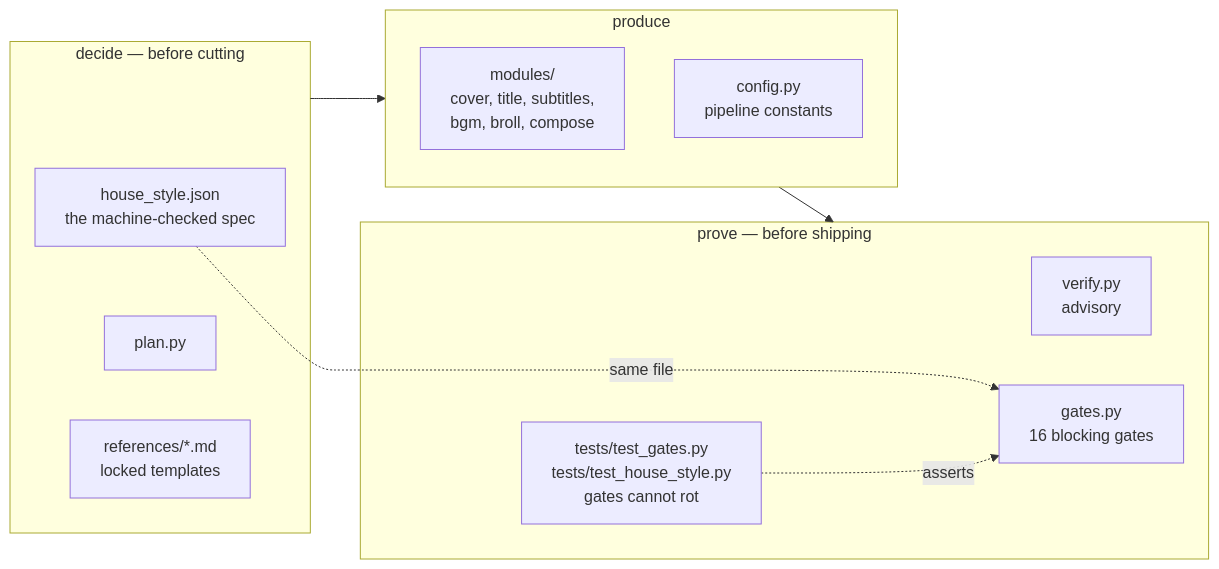
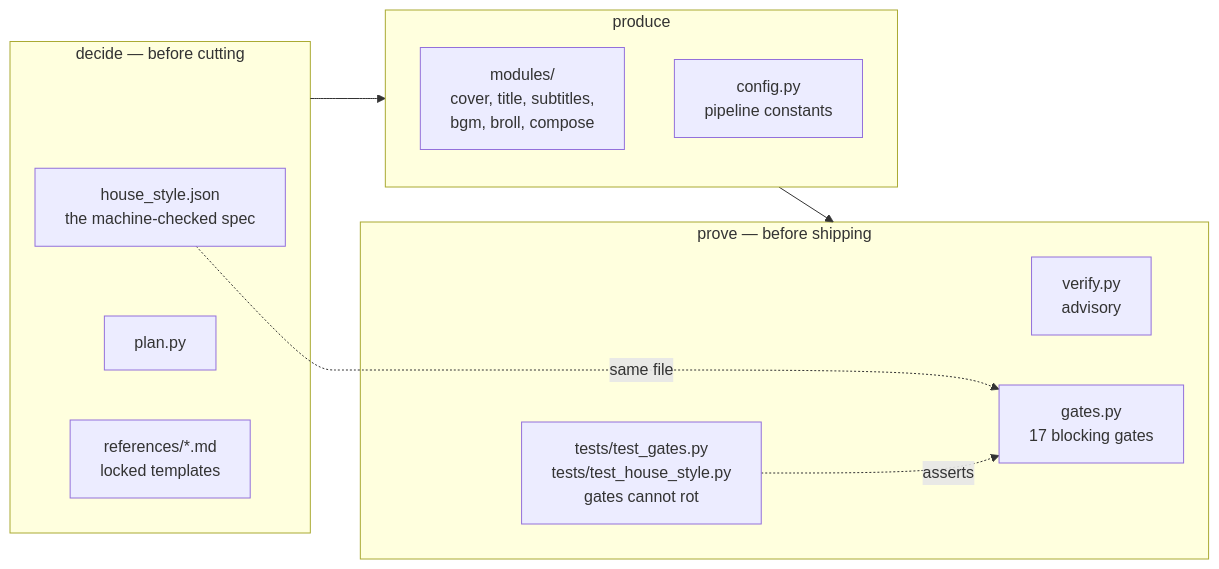
One commit to chyiiiiiiiiiiii/yiibu changed the second of 4 diagrams in skills/yiibu/ARCHITECTURE.md. Above: the diagram before and after it, drawn with Mermaid. The commit also changed other lines of this file and 10 other files, not shown here.

First line of the commit message:
feat: gate_timeline — the contract three checks read, now declared

````diff
--- a/skills/yiibu/ARCHITECTURE.md
+++ b/skills/yiibu/ARCHITECTURE.md
@@ -92,20 +92,20 @@
 ```mermaid
 flowchart LR
     subgraph decide["decide — before cutting"]
         spec[house_style.json<br/>the machine-checked spec]
         plan[plan.py]
         refs[references/*.md<br/>locked templates]
     end
     subgraph produce["produce"]
         mods[modules/<br/>cover, title, subtitles,<br/>bgm, broll, compose]
         cfg[config.py<br/>pipeline constants]
     end
     subgraph prove["prove — before shipping"]
         verify[verify.py<br/>advisory]
-        gates[gates.py<br/>16 blocking gates]
+        gates[gates.py<br/>17 blocking gates]
         tests[tests/test_gates.py<br/>tests/test_house_style.py<br/>gates cannot rot]
     end
     decide --> produce --> prove
     spec -.same file.-> gates
     tests -.asserts.-> gates
 ```
````
